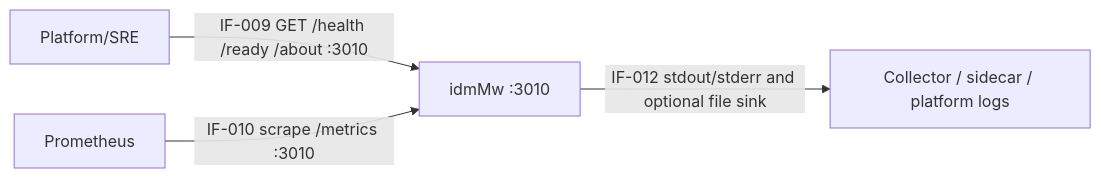
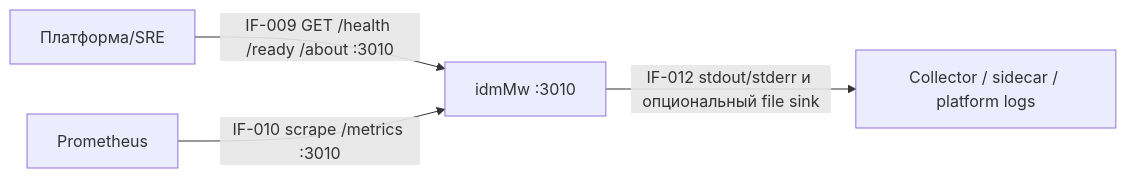
Before and after one commit to igorlyapin-max/idmMw: the fifth of 5 diagrams in aa/business-processes.md, drawn with Mermaid. The commit also changed other lines of this file and 11 other files, not shown here.

Commit message:
docs: translate architecture artifacts to Russian

````diff
--- a/aa/business-processes.md
+++ b/aa/business-processes.md
@@ -118,11 +119,11 @@
 ```mermaid
 flowchart LR
-  Ops[Platform/SRE]
+  Ops[Платформа/SRE]
   MW[idmMw :3010]
   Prom[Prometheus]
   Logs[Collector / sidecar / platform logs]
 
   Ops -->|IF-009 GET /health /ready /about :3010| MW
   Prom -->|IF-010 scrape /metrics :3010| MW
-  MW -->|IF-012 stdout/stderr and optional file sink| Logs
+  MW -->|IF-012 stdout/stderr и опциональный file sink| Logs
 ```
````
